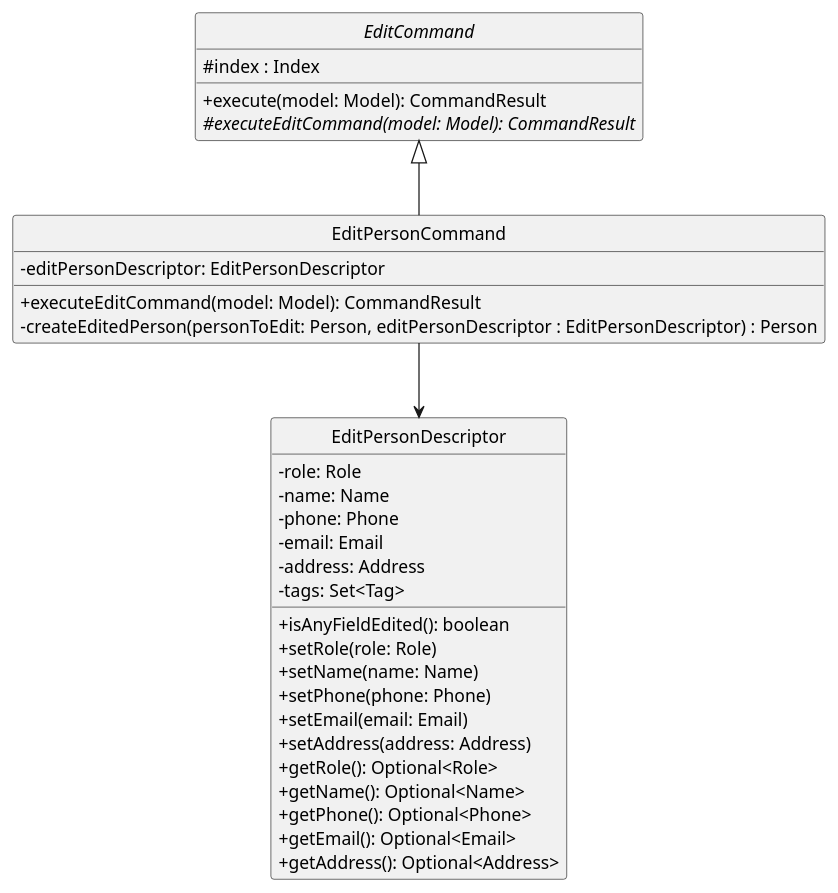
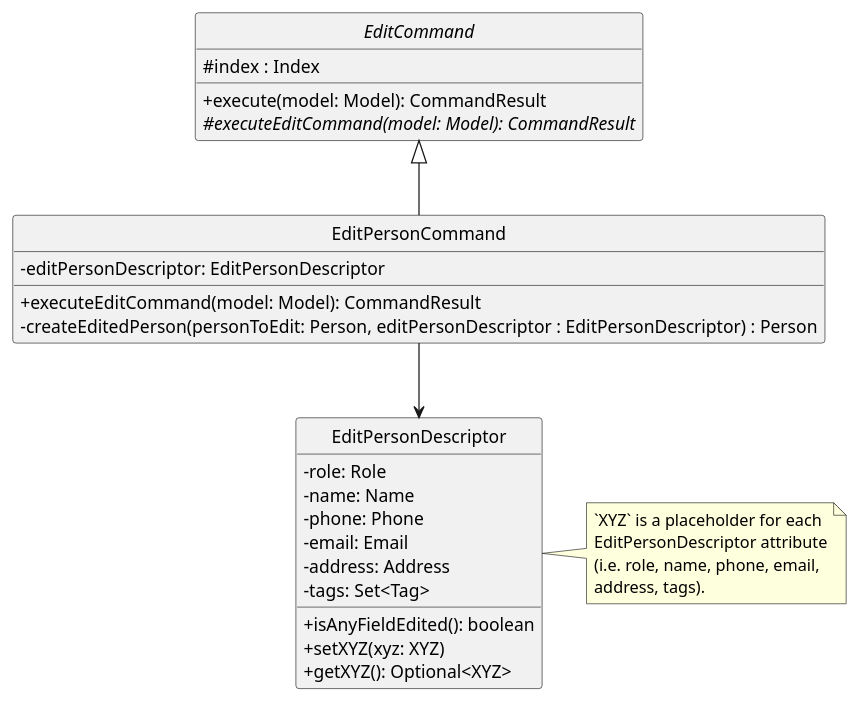
The diagram in docs/diagrams/EditPersonClassDiagram.puml (reyestyh/tp), drawn with PlantUML before and after one commit. The commit also changed 2 other files, not shown here.

```diff
--- a/docs/diagrams/EditPersonClassDiagram.puml
+++ b/docs/diagrams/EditPersonClassDiagram.puml
@@ -1,44 +1,43 @@
 @startuml
 hide circle
 skinparam classAttributeIconSize 0
 
 Class "EditCommand" as EditCommand
 Class "EditPersonCommand" as EditPersonCommand
 Class "EditPersonDescriptor" as EditPersonDescriptor
 
 EditCommand <|-- EditPersonCommand
 EditPersonCommand --> EditPersonDescriptor
 
 abstract class EditCommand {
     # index : Index
     + execute(model: Model): CommandResult
     {abstract} # executeEditCommand(model: Model): CommandResult
 }
 
 class EditPersonCommand {
     - editPersonDescriptor: EditPersonDescriptor
     + executeEditCommand(model: Model): CommandResult
     - createEditedPerson(personToEdit: Person, editPersonDescriptor : EditPersonDescriptor) : Person
 }
 
 class EditPersonDescriptor {
     - role: Role
     - name: Name
     - phone: Phone
     - email: Email
     - address: Address
     - tags: Set<Tag>
     + isAnyFieldEdited(): boolean
-    + setRole(role: Role)
-    + setName(name: Name)
-    + setPhone(phone: Phone)
-    + setEmail(email: Email)
-    + setAddress(address: Address)
-    + getRole(): Optional<Role>
-    + getName(): Optional<Name>
-    + getPhone(): Optional<Phone>
-    + getEmail(): Optional<Email>
-    + getAddress(): Optional<Address>
+    + setXYZ(xyz: XYZ)
+    + getXYZ(): Optional<XYZ>
 }
 
+note right of EditPersonDescriptor
+`XYZ` is a placeholder for each
+EditPersonDescriptor attribute
+(i.e. role, name, phone, email,
+address, tags).
+end note
+
 @enduml
```
